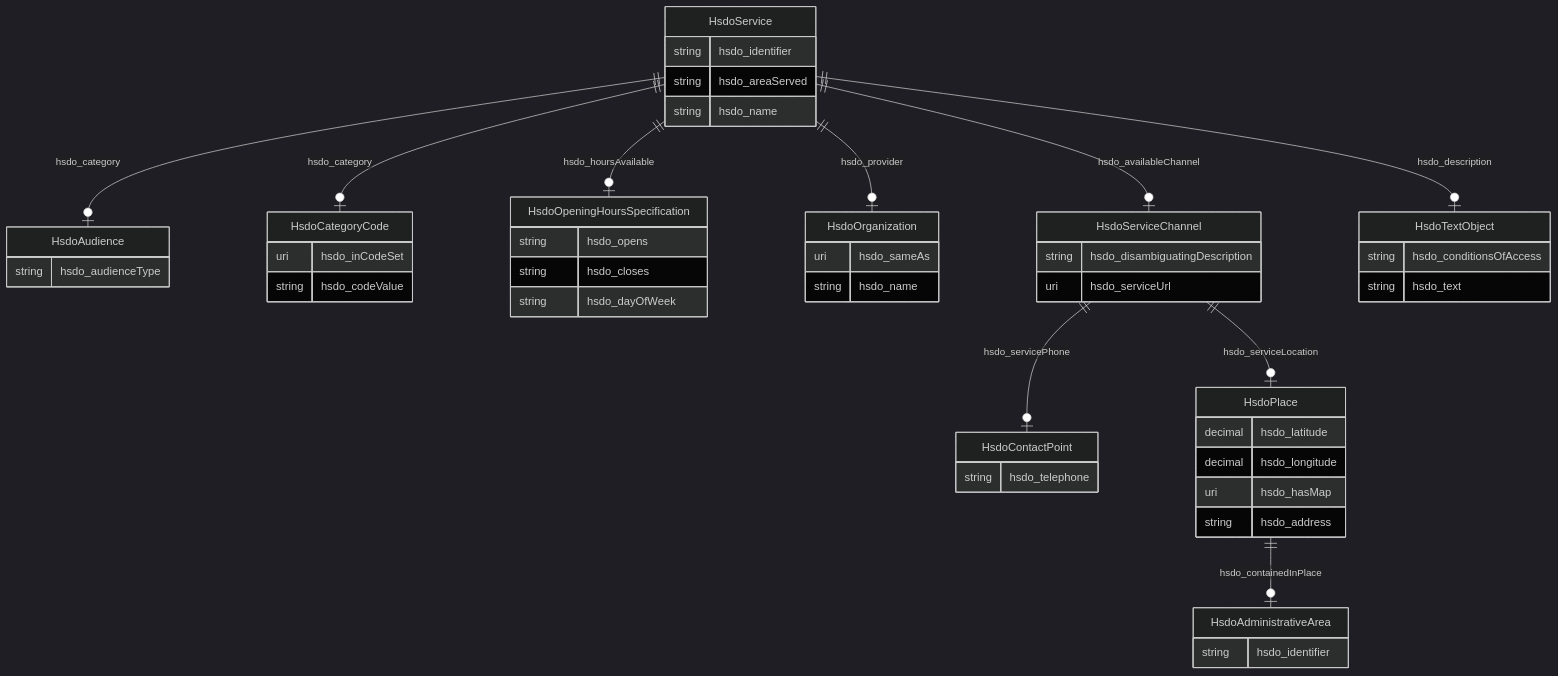
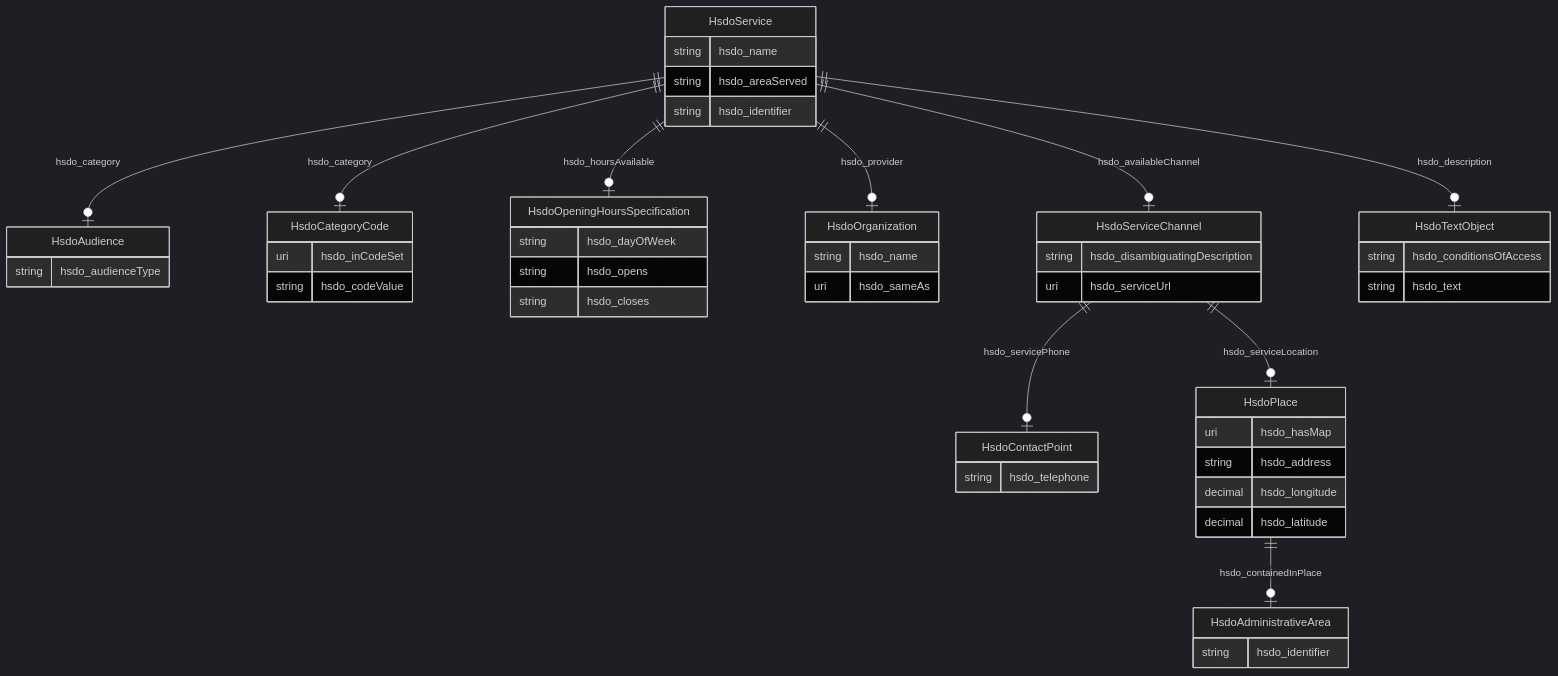
Before and after one commit to frink-okn/graph-descriptions: the diagram in kg-name/README.md, drawn with Mermaid (dark theme). The commit also changed other lines of this file and 7 other files, not shown here.

````diff
--- a/kg-name/README.md
+++ b/kg-name/README.md
@@ -9,55 +9,55 @@
 ```mermaid
 erDiagram
 HsdoAdministrativeArea {
     string hsdo_identifier  
 }
 HsdoAudience {
     string hsdo_audienceType  
 }
 HsdoCategoryCode {
     uri hsdo_inCodeSet  
     string hsdo_codeValue  
 }
 HsdoContactPoint {
     string hsdo_telephone  
 }
 HsdoOpeningHoursSpecification {
+    string hsdo_dayOfWeek  
     string hsdo_opens  
     string hsdo_closes  
-    string hsdo_dayOfWeek  
 }
 HsdoOrganization {
+    string hsdo_name  
     uri hsdo_sameAs  
-    string hsdo_name  
 }
 HsdoPlace {
-    decimal hsdo_latitude  
-    decimal hsdo_longitude  
     uri hsdo_hasMap  
     string hsdo_address  
+    decimal hsdo_longitude  
+    decimal hsdo_latitude  
 }
 HsdoService {
+    string hsdo_name  
+    string hsdo_areaServed  
     string hsdo_identifier  
-    string hsdo_areaServed  
-    string hsdo_name  
 }
 HsdoServiceChannel {
     string hsdo_disambiguatingDescription  
     uri hsdo_serviceUrl  
 }
 HsdoTextObject {
     string hsdo_conditionsOfAccess  
     string hsdo_text  
 }
 
 HsdoPlace ||--|o HsdoAdministrativeArea : "hsdo_containedInPlace"
+HsdoService ||--|o HsdoTextObject : "hsdo_description"
+HsdoService ||--|o HsdoOrganization : "hsdo_provider"
+HsdoService ||--|o HsdoOpeningHoursSpecification : "hsdo_hoursAvailable"
 HsdoService ||--|o HsdoServiceChannel : "hsdo_availableChannel"
-HsdoService ||--|o HsdoOrganization : "hsdo_provider"
-HsdoService ||--|o HsdoTextObject : "hsdo_description"
+HsdoService ||--|o HsdoAudience : "hsdo_category"
 HsdoService ||--|o HsdoCategoryCode : "hsdo_category"
-HsdoService ||--|o HsdoAudience : "hsdo_category"
-HsdoService ||--|o HsdoOpeningHoursSpecification : "hsdo_hoursAvailable"
 HsdoServiceChannel ||--|o HsdoContactPoint : "hsdo_servicePhone"
 HsdoServiceChannel ||--|o HsdoPlace : "hsdo_serviceLocation"
 
 ```
````
